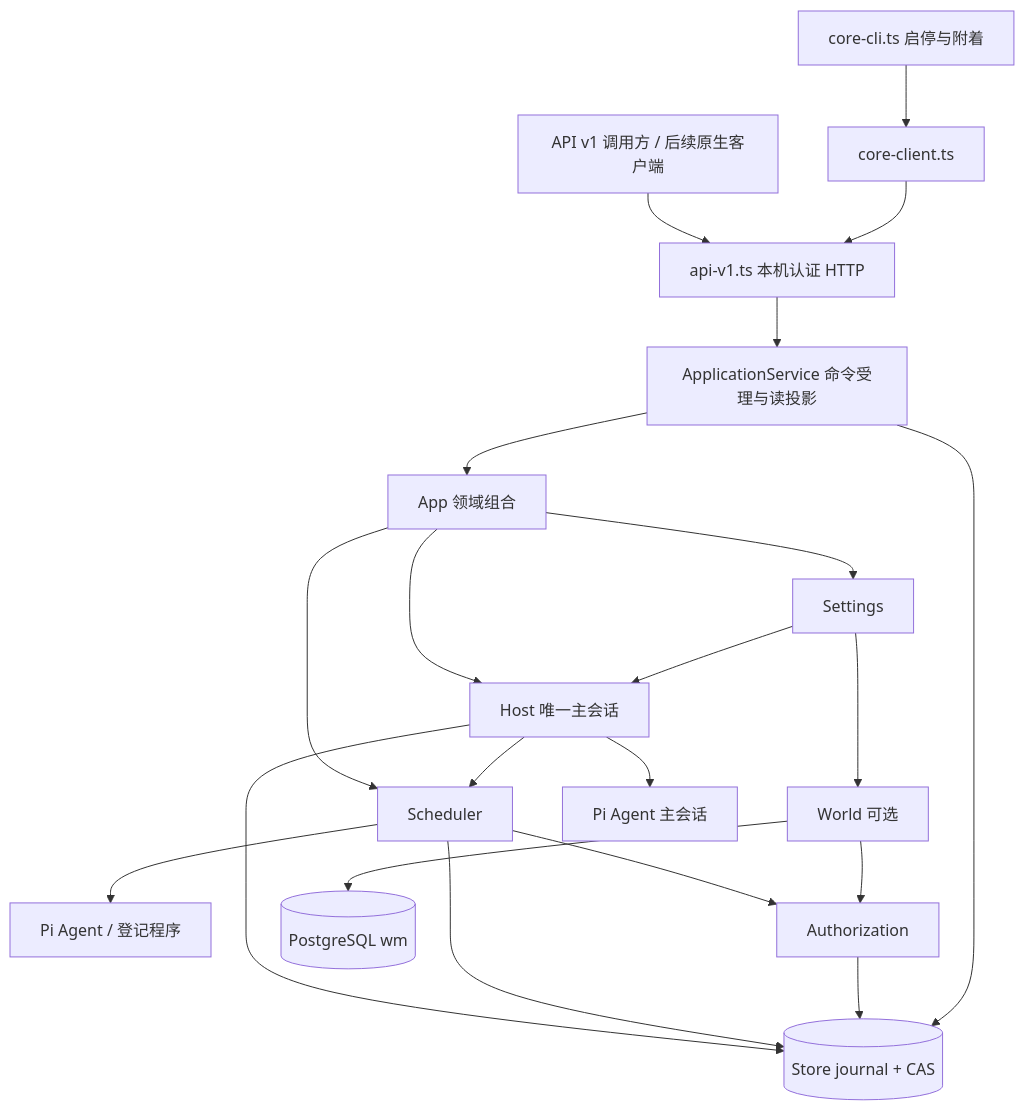
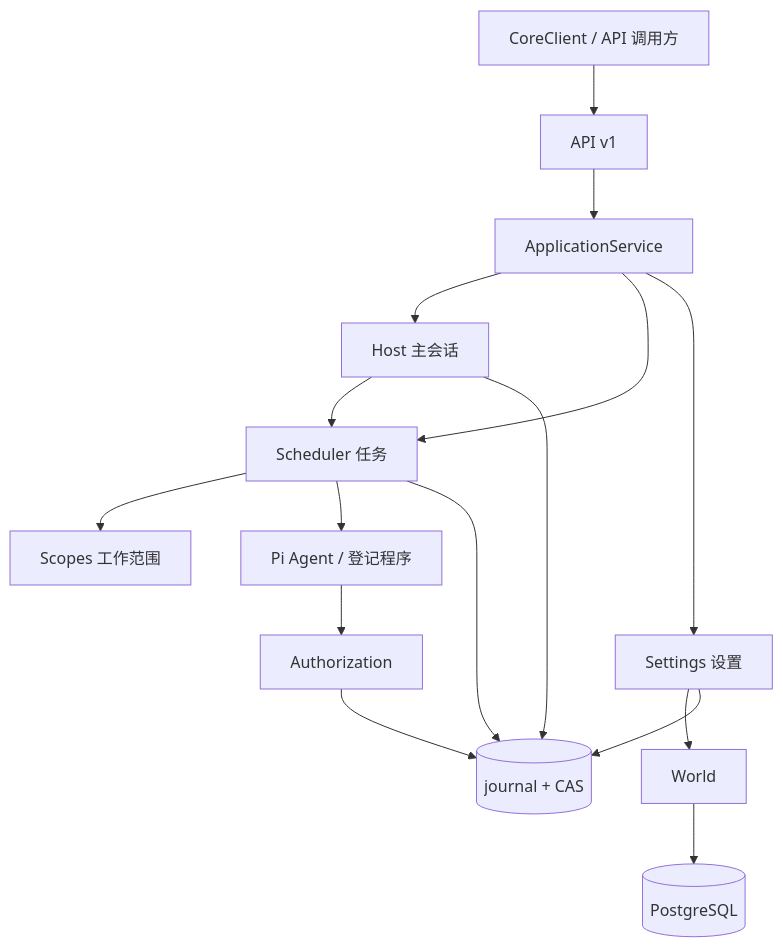
The diagram in docs/architecture.md (ExplodeCode6324/Secretary), drawn with Mermaid before and after one commit. The commit also changed other lines of this file and 118 other files, not shown here.

Commit message:
docs: rewrite current implementation guides and issue roadmap

````diff
--- a/docs/architecture.md
+++ b/docs/architecture.md
@@ -5,23 +5,18 @@
 ```mermaid
 flowchart TD
-  C[API v1 调用方 / 后续原生客户端] --> HTTP[api-v1.ts 本机认证 HTTP]
-  CLI[core-cli.ts 启停与附着] --> CLIENT[core-client.ts]
-  CLIENT --> HTTP
-  HTTP --> AS[ApplicationService 命令受理与读投影]
-  AS --> APP[App 领域组合]
-  APP --> H[Host 唯一主会话]
-  APP --> S[Scheduler]
-  APP --> SET[Settings]
-  SET --> H
-  SET --> W[World 可选]
-  H --> M[Pi Agent 主会话]
-  H --> S
-  S --> TASK[Pi Agent / 登记程序]
-  S --> A[Authorization]
-  W --> A
-  W --> PG[(PostgreSQL wm)]
-  H --> ST[(Store journal + CAS)]
-  S --> ST
-  A --> ST
-  AS --> ST
+  Client[CoreClient / API 调用方] --> API[API v1]
+  API --> Service[ApplicationService]
+  Service --> Host[Host 主会话]
+  Service --> Scheduler[Scheduler 任务]
+  Service --> Settings[Settings 设置]
+  Host --> Scheduler
+  Scheduler --> Scopes[Scopes 工作范围]
+  Scheduler --> Executor[Pi Agent / 登记程序]
+  Executor --> Auth[Authorization]
+  Settings --> World[World]
+  World --> PG[(PostgreSQL)]
+  Host --> Store[(journal + CAS)]
+  Scheduler --> Store
+  Auth --> Store
+  Settings --> Store
 ```
````
